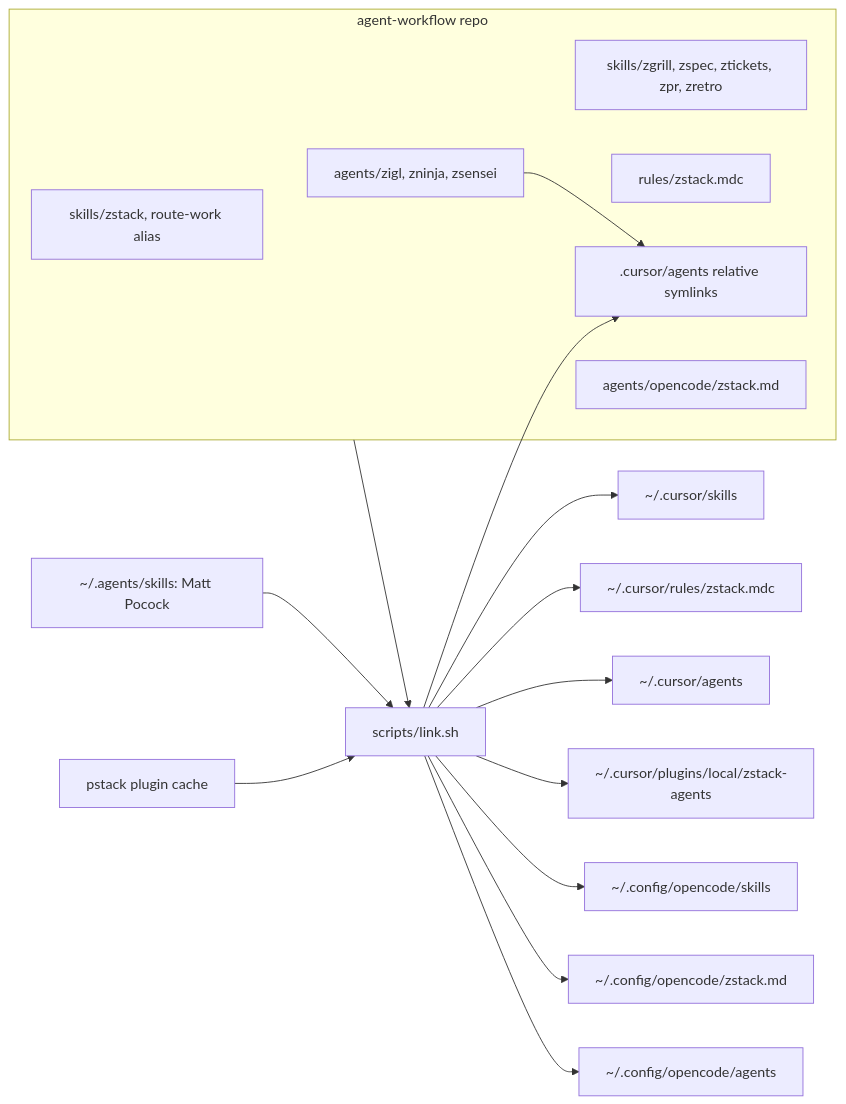
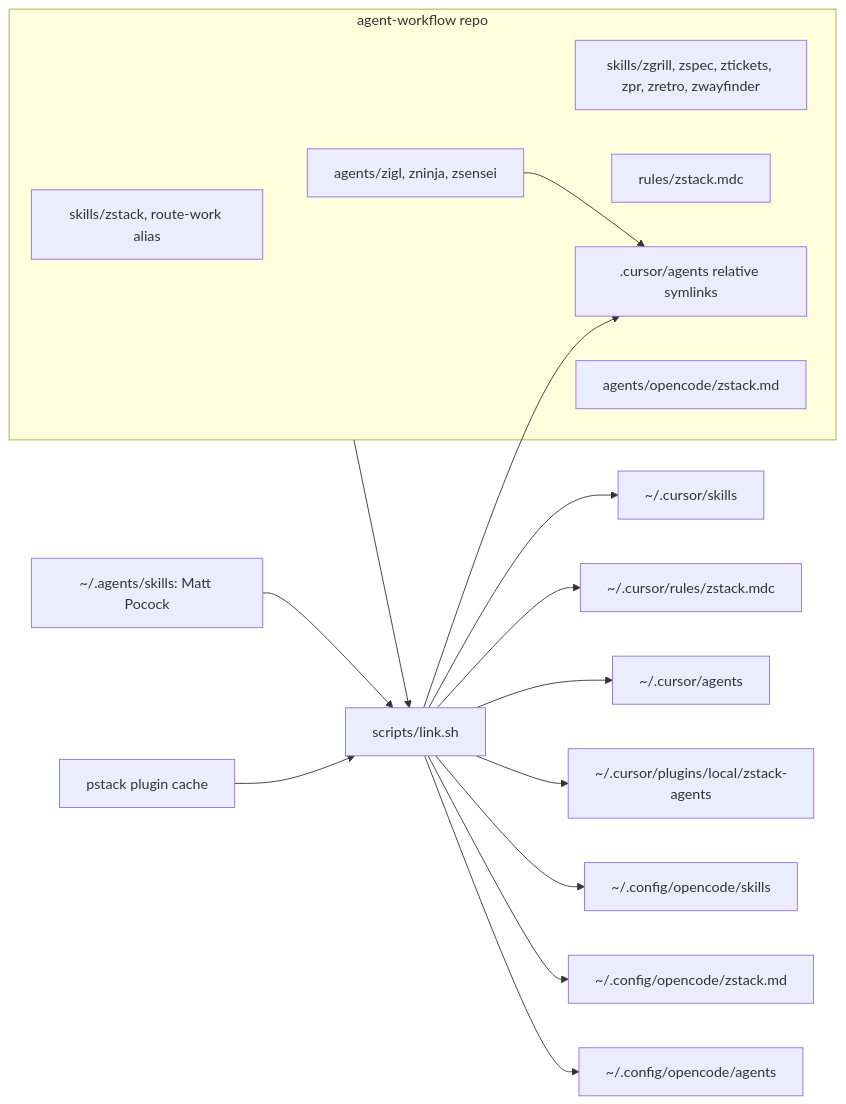
One commit to Byevenes/agent-workflow changed the first of 3 diagrams in docs/architecture.md. Above: the diagram before and after it, drawn with Mermaid. The commit also changed other lines of this file and 10 other files, not shown here.

````diff
--- a/docs/architecture.md
+++ b/docs/architecture.md
@@ -9,24 +9,24 @@
 ```mermaid
 flowchart LR
   subgraph repo[agent-workflow repo]
     sk[skills/zstack, route-work alias]
-    wr[skills/zgrill, zspec, ztickets, zpr, zretro]
+    wr[skills/zgrill, zspec, ztickets, zpr, zretro, zwayfinder]
     ru[rules/zstack.mdc]
     ag[agents/zigl, zninja, zsensei]
     pa[.cursor/agents relative symlinks]
     oc[agents/opencode/zstack.md]
   end
   ag --> pa
   link[scripts/link.sh]
   repo --> link
   link --> pa
   link --> cs[~/.cursor/skills]
   link --> cr[~/.cursor/rules/zstack.mdc]
   link --> ca[~/.cursor/agents]
   link --> plug[~/.cursor/plugins/local/zstack-agents]
   link --> os[~/.config/opencode/skills]
   link --> om[~/.config/opencode/zstack.md]
   link --> oa[~/.config/opencode/agents]
   matt[~/.agents/skills: Matt Pocock] --> link
   pstack[pstack plugin cache] --> link
 ```
````
